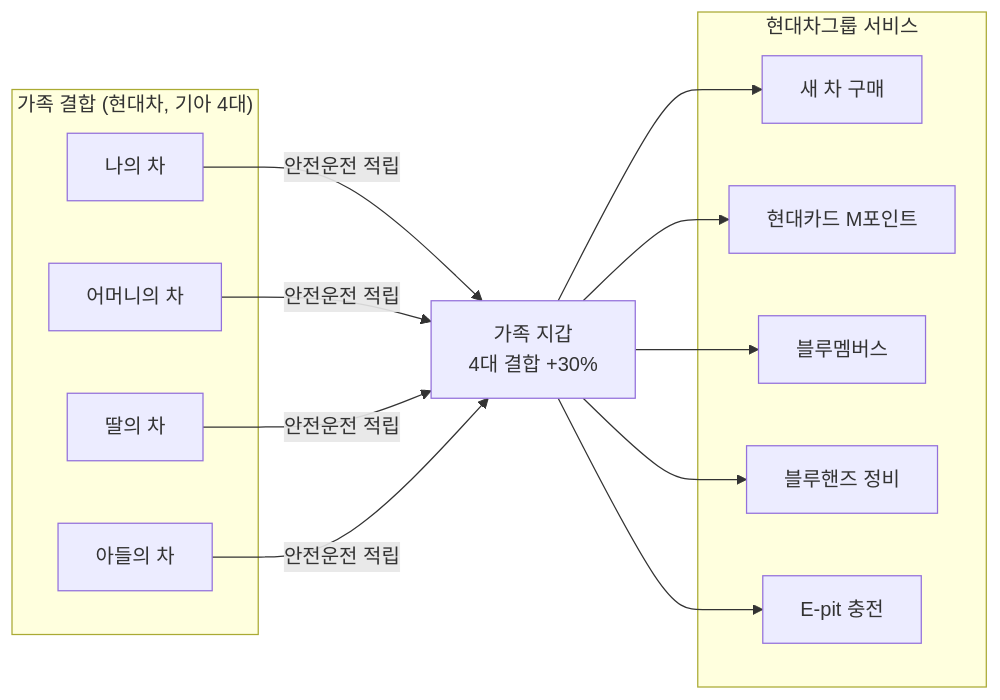
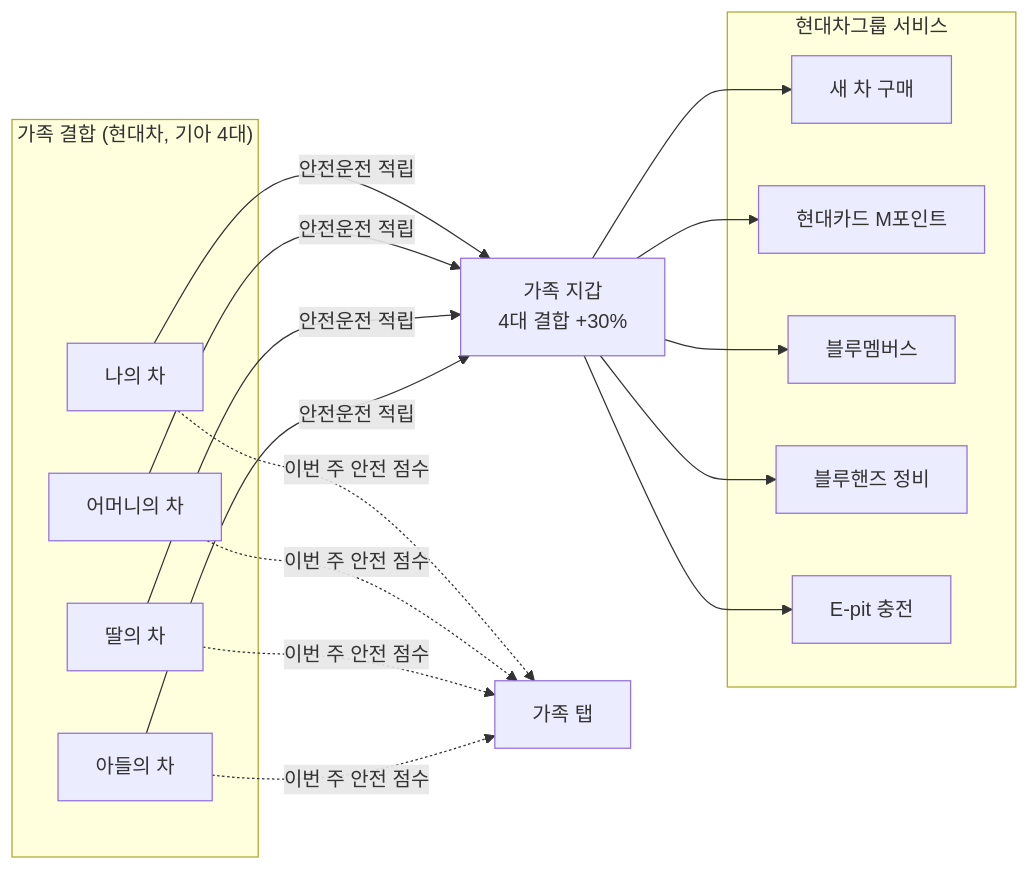
Before and after one commit to wjdtkdgns777/blue-family: the first of 2 diagrams in README.md, drawn with Mermaid. The commit also changed other lines of this file, not shown here.

````diff
--- a/README.md
+++ b/README.md
@@ -60,18 +71,19 @@
 ```mermaid
 flowchart LR
     subgraph F["가족 결합 (현대차, 기아 4대)"]
         A[나의 차]
         B[어머니의 차]
         C[딸의 차]
         D[아들의 차]
     end
     A & B & C & D -- 안전운전 적립 --> W[가족 지갑<br>4대 결합 +30%]
+    A & B & C & D -. 이번 주 안전 점수 .-> P[가족 탭]
     subgraph G[현대차그룹 서비스]
         U1[새 차 구매]
         U2[현대카드 M포인트]
         U3[블루멤버스]
         U4[블루핸즈 정비]
         U5[E-pit 충전]
     end
     W --> U1 & U2 & U3 & U4 & U5
 ```
````
